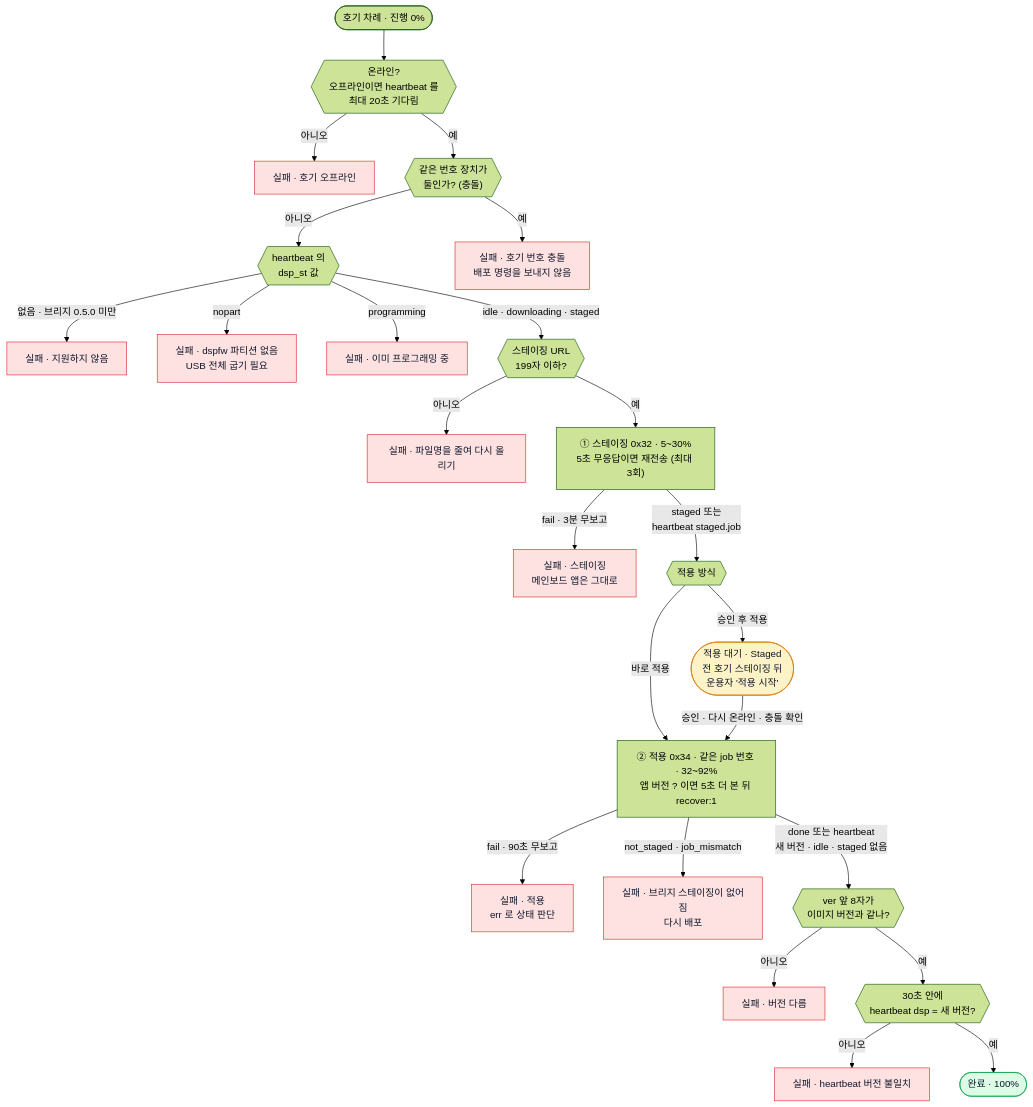
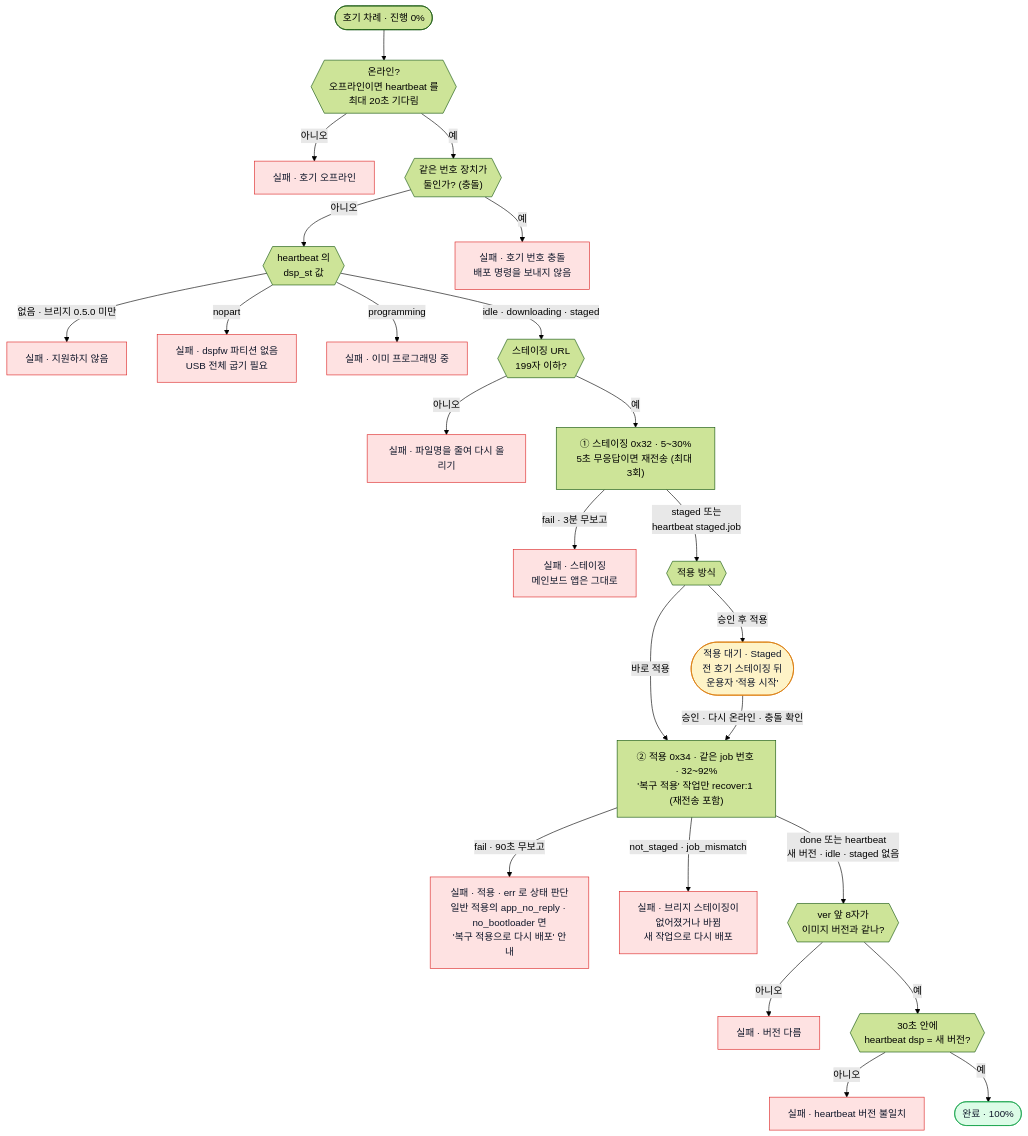
Before and after one commit to Leepy0/AGV_FOTA_GATEWAY: the diagram in docs/diagrams/dsp-job-steps.mmd, drawn with Mermaid (forest theme). The commit also changed 28 other files, not shown here.

```diff
--- a/docs/diagrams/dsp-job-steps.mmd
+++ b/docs/diagrams/dsp-job-steps.mmd
@@ -1,31 +1,31 @@
 flowchart TD
   S(["호기 차례 · 진행 0%"]) --> C1{{"온라인?<br/>오프라인이면 heartbeat 를<br/>최대 20초 기다림"}}
   C1 -- 아니오 --> F1["실패 · 호기 오프라인"]
   C1 -- 예 --> C0{{"같은 번호 장치가<br/>둘인가? (충돌)"}}
   C0 -- 아니오 --> C2{{"heartbeat 의<br/>dsp_st 값"}}
   C0 -- 예 --> F0["실패 · 호기 번호 충돌<br/>배포 명령을 보내지 않음"]
   C2 -- "없음 · 브리지 0.5.0 미만" --> F2["실패 · 지원하지 않음"]
   C2 -- nopart --> F3["실패 · dspfw 파티션 없음<br/>USB 전체 굽기 필요"]
   C2 -- programming --> F4["실패 · 이미 프로그래밍 중"]
   C2 -- "idle · downloading · staged" --> U{{"스테이징 URL<br/>199자 이하?"}}
   U -- 아니오 --> F9["실패 · 파일명을 줄여 다시 올리기"]
   U -- 예 --> ST["① 스테이징 0x32 · 5~30%<br/>5초 무응답이면 재전송 (최대 3회)"]
   ST -- "fail · 3분 무보고" --> F5["실패 · 스테이징<br/>메인보드 앱은 그대로"]
   ST -- "staged 또는<br/>heartbeat staged.job" --> M{{"적용 방식"}}
   M -- 바로 적용 --> AP
   M -- "승인 후 적용" --> W(["적용 대기 · Staged<br/>전 호기 스테이징 뒤<br/>운용자 '적용 시작'"])
   W -- "승인 · 다시 온라인 · 충돌 확인" --> AP
-  AP["② 적용 0x34 · 같은 job 번호 · 32~92%<br/>앱 버전 ? 이면 5초 더 본 뒤 recover:1"]
-  AP -- "fail · 90초 무보고" --> F6["실패 · 적용<br/>err 로 상태 판단"]
-  AP -- "not_staged · job_mismatch" --> F10["실패 · 브리지 스테이징이 없어짐<br/>다시 배포"]
+  AP["② 적용 0x34 · 같은 job 번호 · 32~92%<br/>'복구 적용' 작업만 recover:1 (재전송 포함)"]
+  AP -- "fail · 90초 무보고" --> F6["실패 · 적용 · err 로 상태 판단<br/>일반 적용의 app_no_reply · no_bootloader 면<br/>'복구 적용으로 다시 배포' 안내"]
+  AP -- "not_staged · job_mismatch" --> F10["실패 · 브리지 스테이징이<br/>없어졌거나 바뀜<br/>새 작업으로 다시 배포"]
   AP -- "done 또는 heartbeat<br/>새 버전 · idle · staged 없음" --> V{{"ver 앞 8자가<br/>이미지 버전과 같나?"}}
   V -- 아니오 --> F7["실패 · 버전 다름"]
   V -- 예 --> HB{{"30초 안에<br/>heartbeat dsp = 새 버전?"}}
   HB -- 아니오 --> F8["실패 · heartbeat 버전 불일치"]
   HB -- 예 --> OK(["완료 · 100%"])
   classDef bad fill:#fee2e2,stroke:#dc2626,color:#0f172a
   classDef ok fill:#dcfce7,stroke:#16a34a,color:#0f172a
   classDef wait fill:#fef3c7,stroke:#d97706,color:#0f172a
   class F0,F1,F2,F3,F4,F5,F6,F7,F8,F9,F10 bad
   class OK ok
   class W wait
```
